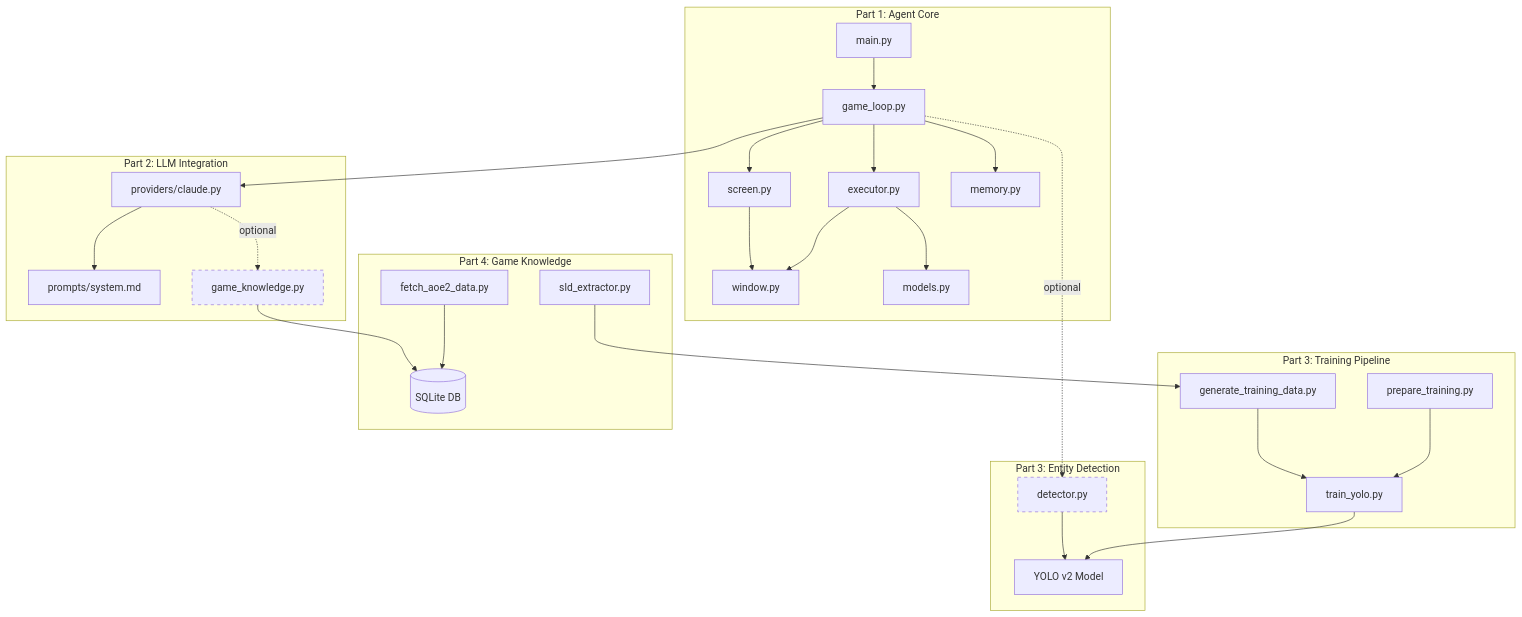
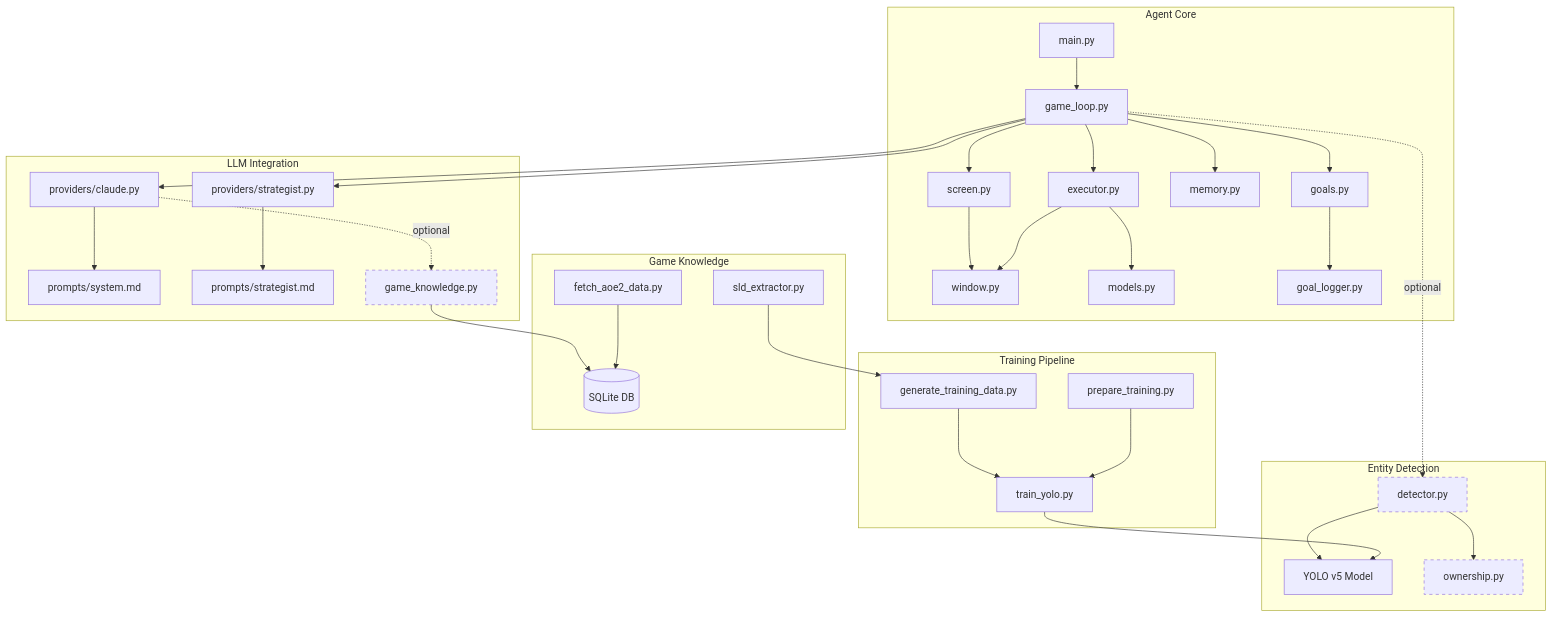
Before and after one commit to dobosmarton/aoe2-agent: the diagram in docs/index.md, drawn with Mermaid. The commit also changed other lines of this file and 9 other files, not shown here.

First line of the commit message:
docs: rewrite documentation for current architecture

````diff
--- a/docs/index.md
+++ b/docs/index.md
@@ -9,38 +9,44 @@
 ```mermaid
 graph TD
-    subgraph "Part 1: Agent Core"
+    subgraph "Agent Core"
         MAIN[main.py] --> LOOP[game_loop.py]
         LOOP --> SCREEN[screen.py]
         LOOP --> EXEC[executor.py]
         LOOP --> MEM[memory.py]
+        LOOP --> GOALS[goals.py]
         SCREEN --> WIN[window.py]
         EXEC --> MODELS[models.py]
         EXEC --> WIN
+        GOALS --> GLOG[goal_logger.py]
     end
 
-    subgraph "Part 2: LLM Integration"
+    subgraph "LLM Integration"
         LOOP --> PROV[providers/claude.py]
+        LOOP --> STRAT[providers/strategist.py]
         PROV --> PROMPT[prompts/system.md]
+        STRAT --> SPROMPT[prompts/strategist.md]
         PROV -.->|optional| GK[game_knowledge.py]
     end
 
-    subgraph "Part 3: Entity Detection"
+    subgraph "Entity Detection"
         LOOP -.->|optional| DET[detector.py]
-        DET --> YOLO[YOLO v2 Model]
+        DET --> YOLO[YOLO v5 Model]
+        DET --> OWN[ownership.py]
     end
 
-    subgraph "Part 3: Training Pipeline"
+    subgraph "Training Pipeline"
         GEN[generate_training_data.py] --> TRAIN[train_yolo.py]
         LABEL[prepare_training.py] --> TRAIN
         TRAIN --> YOLO
     end
 
-    subgraph "Part 4: Game Knowledge"
+    subgraph "Game Knowledge"
         GK --> SQLITE[(SQLite DB)]
         FETCH[fetch_aoe2_data.py] --> SQLITE
         SLD[sld_extractor.py] --> GEN
     end
 
     style DET stroke-dasharray: 5 5
     style GK stroke-dasharray: 5 5
+    style OWN stroke-dasharray: 5 5
 ```
````
